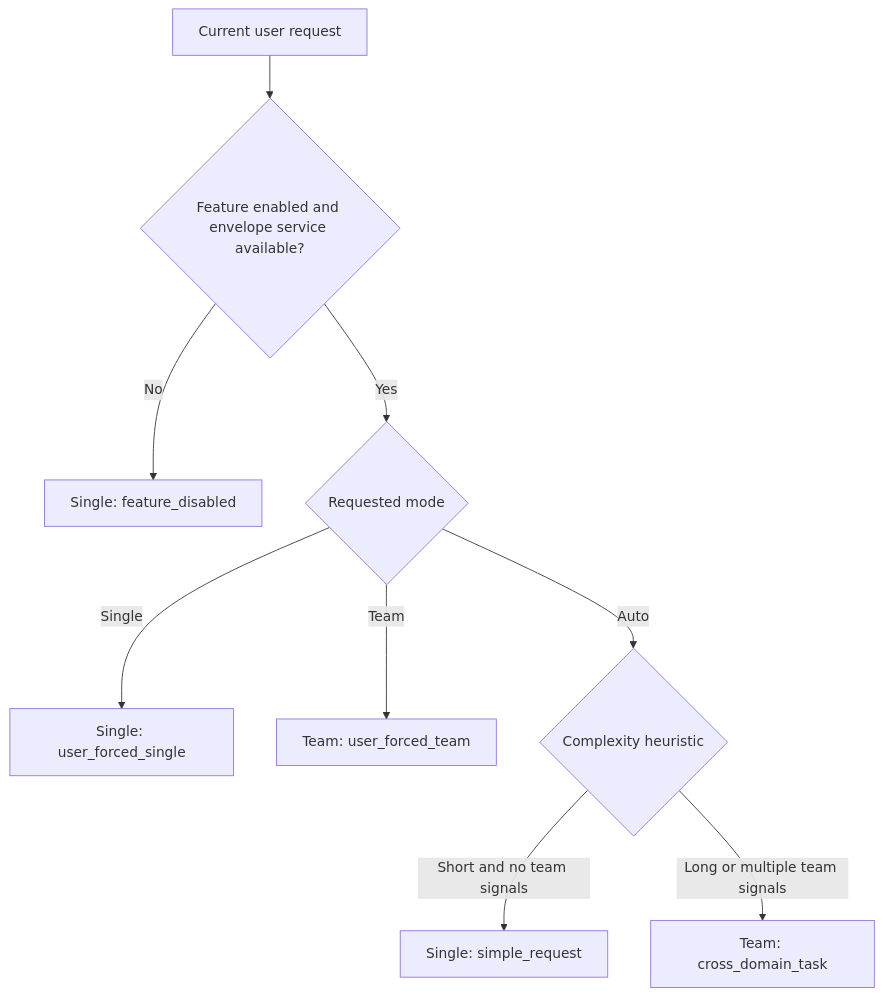
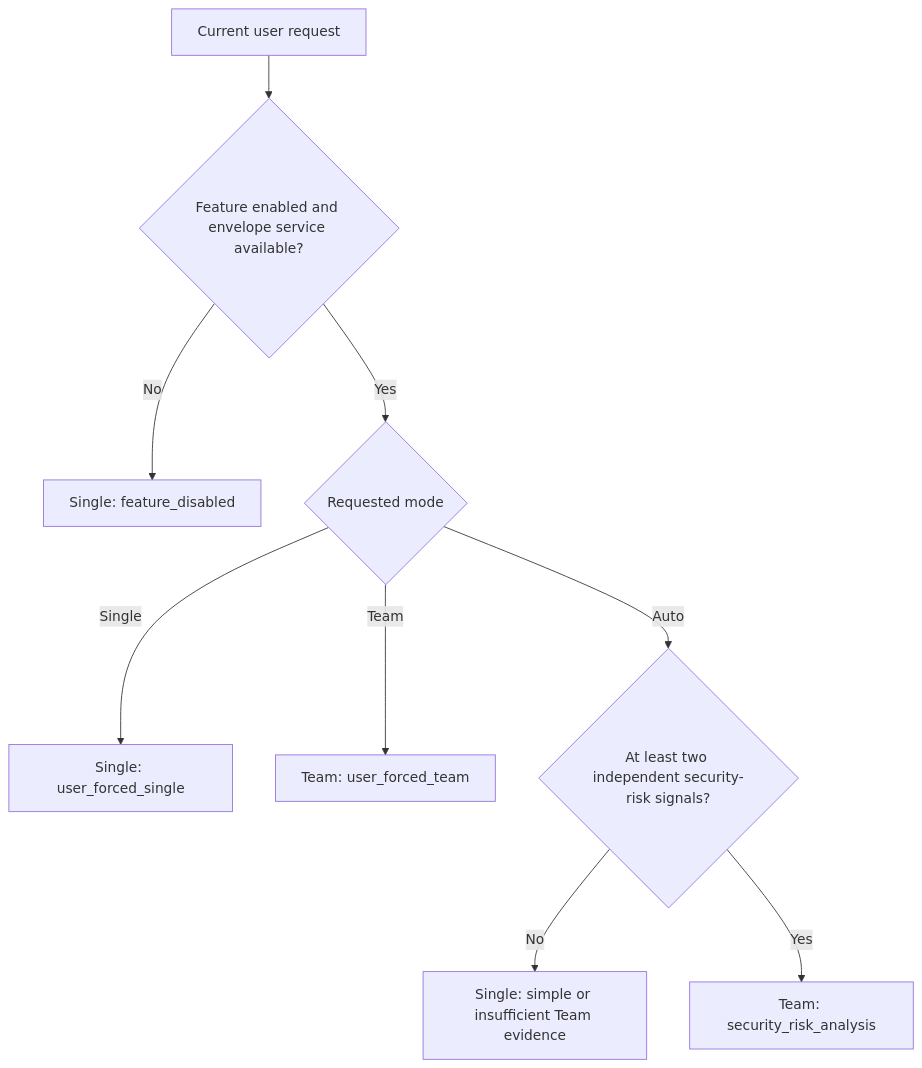
One commit to levalencia/archon changed the second of 7 diagrams in docs/architecture/hybrid-agent-orchestration.md. Above: the diagram before and after it, drawn with Mermaid. The commit also changed other lines of this file and 15 other files, not shown here.

````diff
--- a/docs/architecture/hybrid-agent-orchestration.md
+++ b/docs/architecture/hybrid-agent-orchestration.md
@@ -53,11 +53,11 @@
 ```mermaid
 flowchart TD
     Q[Current user request] --> E{Feature enabled and envelope service available?}
     E -->|No| S1[Single: feature_disabled]
     E -->|Yes| M{Requested mode}
     M -->|Single| S2[Single: user_forced_single]
     M -->|Team| T1[Team: user_forced_team]
-    M -->|Auto| H{Complexity heuristic}
-    H -->|Short and no team signals| S3[Single: simple_request]
-    H -->|Long or multiple team signals| T2[Team: cross_domain_task]
+    M -->|Auto| H{At least two independent security-risk signals?}
+    H -->|No| S3[Single: simple or insufficient Team evidence]
+    H -->|Yes| T2[Team: security_risk_analysis]
 ```
````
